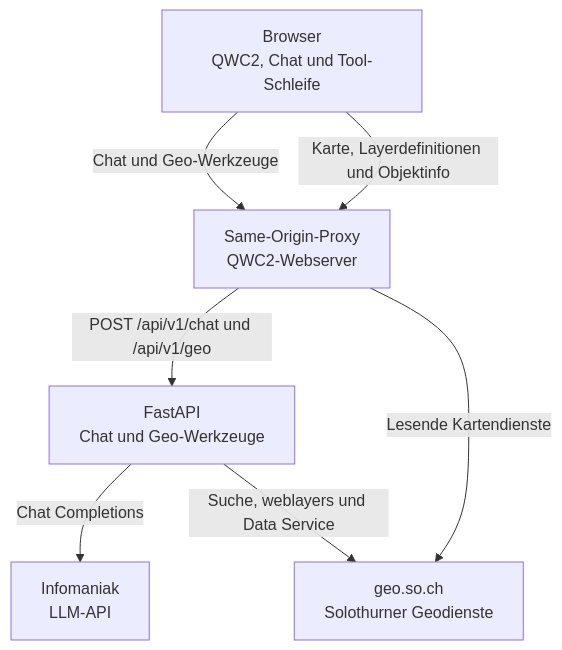
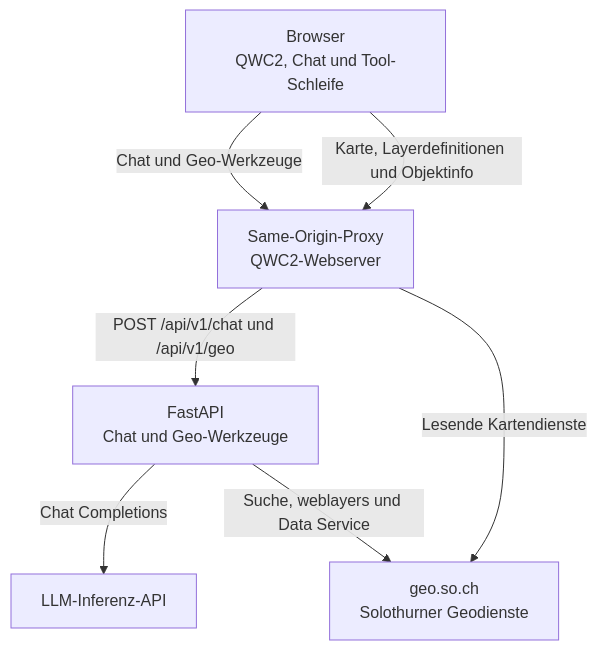
One commit to edigonzales/qwc2-ai-assistant changed the first of 2 diagrams in README.md. Above: the diagram before and after it, drawn with Mermaid. The commit also changed other lines of this file and 8 other files, not shown here.

````diff
--- a/README.md
+++ b/README.md
@@ -18,15 +18,15 @@
 ```mermaid
 flowchart TB
     browser["Browser<br/>QWC2, Chat und Tool-Schleife"]
     proxy["Same-Origin-Proxy<br/>QWC2-Webserver"]
     assistant["FastAPI<br/>Chat und Geo-Werkzeuge"]
-    model["Infomaniak<br/>LLM-API"]
+    model["LLM-Inferenz-API"]
     geo["geo.so.ch<br/>Solothurner Geodienste"]
 
     browser -->|Chat und Geo-Werkzeuge| proxy
     browser -->|Karte, Layerdefinitionen und Objektinfo| proxy
     proxy -->|POST /api/v1/chat und /api/v1/geo| assistant
     proxy -->|Lesende Kartendienste| geo
     assistant -->|Chat Completions| model
     assistant -->|Suche, weblayers und Data Service| geo
 ```
````
